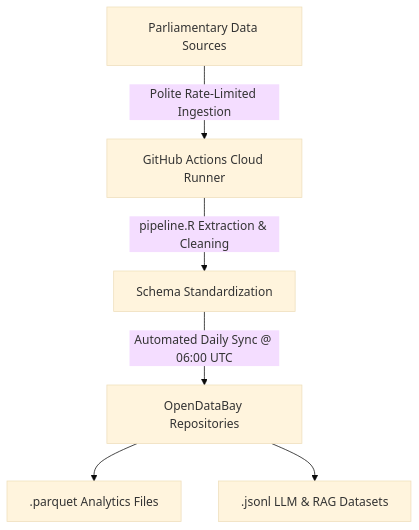
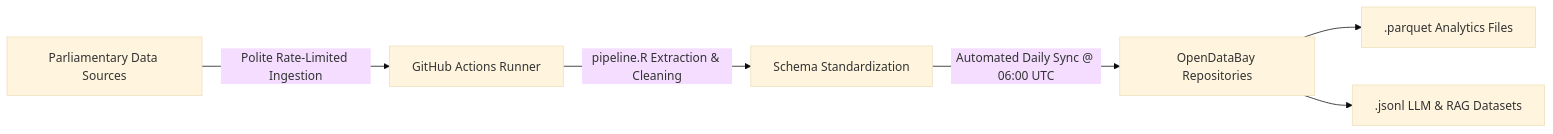
Before and after one commit to velvetcod3/AbyssDataLabs: the diagram in README.md, drawn with Mermaid (base theme). The commit also changed other lines of this file, not shown here.

Commit message:
docs: finalize README architecture diagram and formatting

````diff
--- a/README.md
+++ b/README.md
@@ -17,9 +17,9 @@
 ```mermaid
-graph TD
-    A[Parliamentary Data Sources] -->|Polite Rate-Limited Ingestion| B[GitHub Actions Cloud Runner]
+graph LR
+    A[Parliamentary Data Sources] -->|Polite Rate-Limited Ingestion| B[GitHub Actions Runner]
     B -->|pipeline.R Extraction & Cleaning| C[Schema Standardization]
     C -->|Automated Daily Sync @ 06:00 UTC| D[OpenDataBay Repositories]
     
     D --> E[.parquet Analytics Files]
     D --> F[.jsonl LLM & RAG Datasets]
 ```
````
